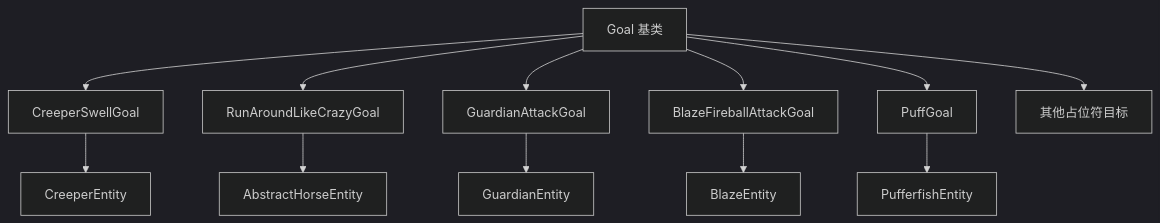
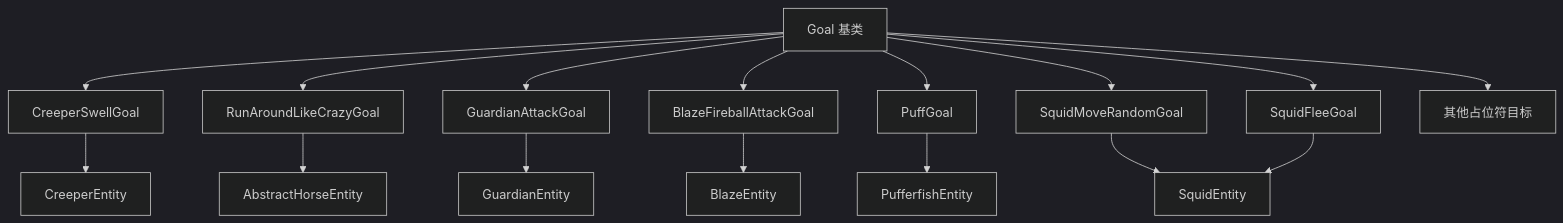
Before and after one commit to g122622/Cubium: the diagram in src/common/entity/ai/goal/goals/special/README.md, drawn with Mermaid (dark theme). The commit also changed other lines of this file and 1 other file, not shown here.

First line of the commit message:
docs: 更新 README.md 同步 SquidGoals 实现

````diff
--- a/src/common/entity/ai/goal/goals/special/README.md
+++ b/src/common/entity/ai/goal/goals/special/README.md
@@ -298,15 +386,19 @@
 ```mermaid
 graph TD
     A[Goal 基类] --> B[CreeperSwellGoal]
     A --> C[RunAroundLikeCrazyGoal]
     A --> D[GuardianAttackGoal]
     A --> E[BlazeFireballAttackGoal]
     A --> F[PuffGoal]
-    A --> G[其他占位符目标]
+    A --> G[SquidMoveRandomGoal]
+    A --> H[SquidFleeGoal]
+    A --> I[其他占位符目标]
 
-    B --> H[CreeperEntity]
-    C --> I[AbstractHorseEntity]
-    D --> J[GuardianEntity]
-    E --> K[BlazeEntity]
-    F --> L[PufferfishEntity]
+    B --> J[CreeperEntity]
+    C --> K[AbstractHorseEntity]
+    D --> L[GuardianEntity]
+    E --> M[BlazeEntity]
+    F --> N[PufferfishEntity]
+    G --> O[SquidEntity]
+    H --> O
 ```
````
